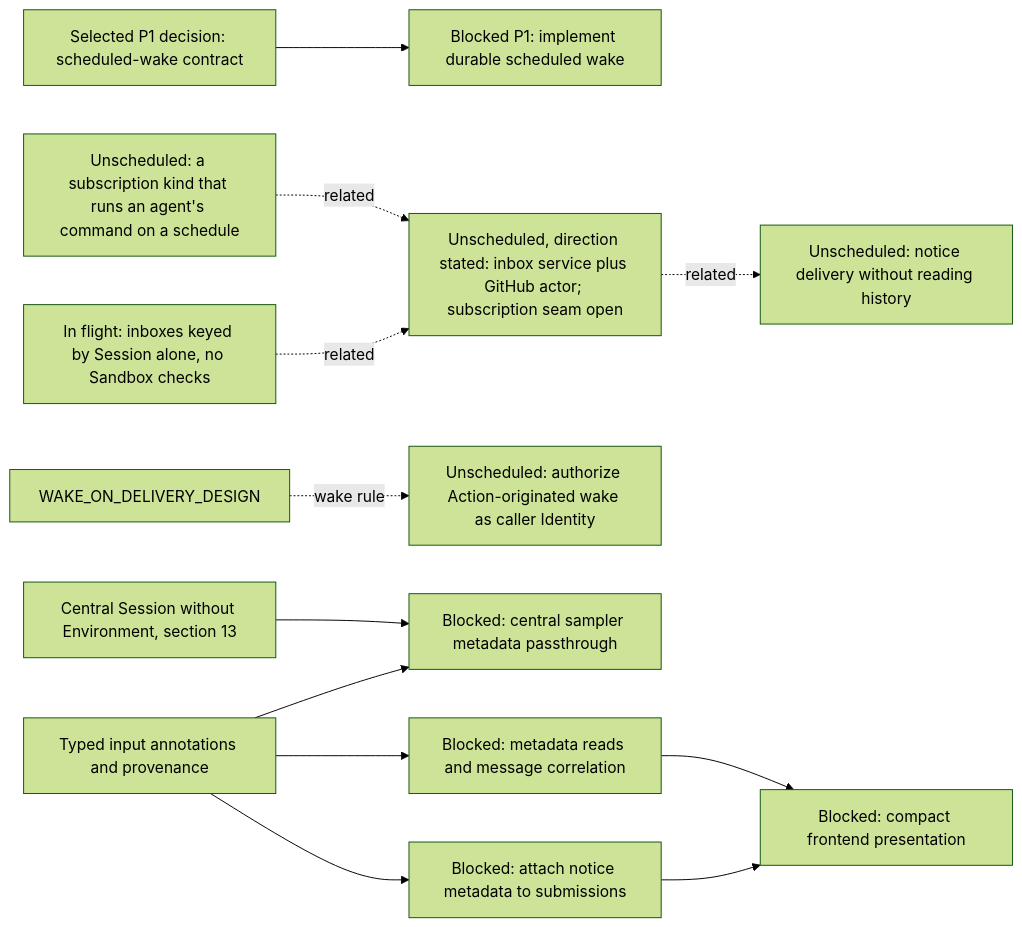
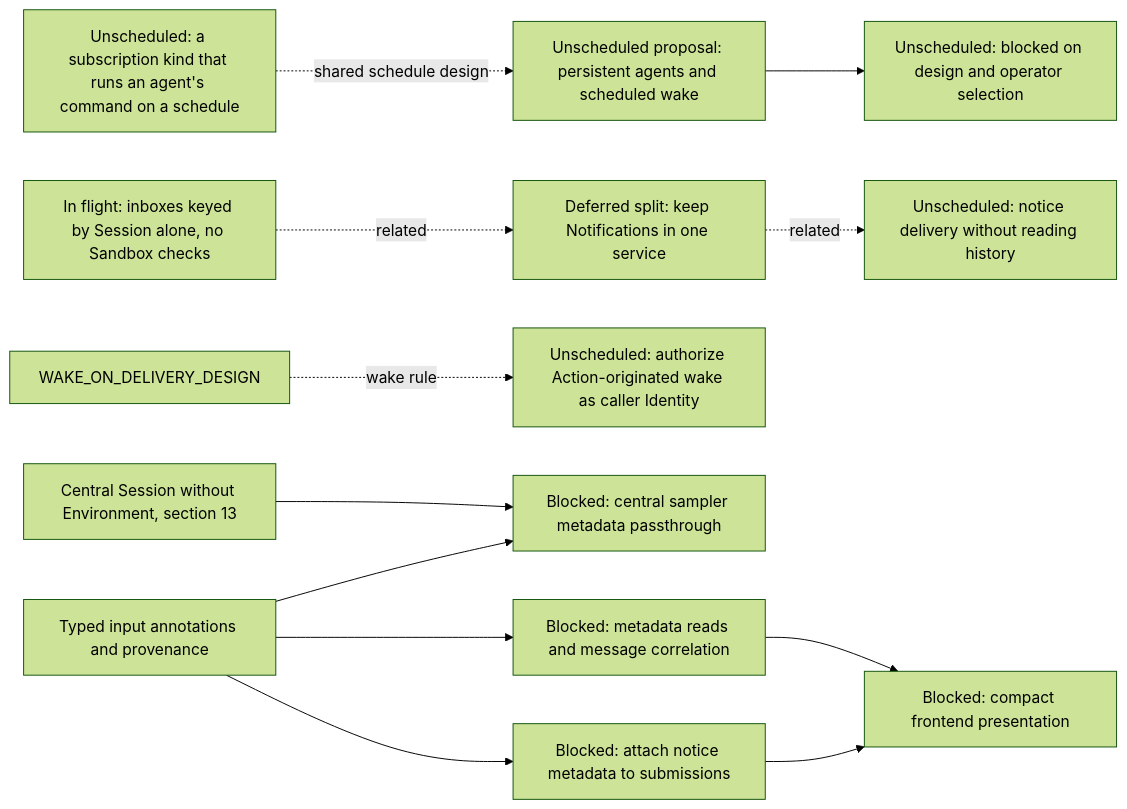
One commit to agentydragon/ducktape changed the fourth of 20 diagrams in agentplane/plans/task_dag.md. Above: the diagram before and after it, drawn with Mermaid (forest theme). The commit also changed other lines of this file and 1 other file, not shown here.

Commit message:
docs(agentplane): propose persistent agents and scheduled inbox wake

````diff
--- a/agentplane/plans/task_dag.md
+++ b/agentplane/plans/task_dag.md
@@ -280,27 +284,27 @@
 ```mermaid
 flowchart LR
-    SCHEDULED_AGENT_WAKE_DESIGN[Selected P1 decision: scheduled-wake contract]
-    SCHEDULED_AGENT_WAKE[Blocked P1: implement durable scheduled wake]
+    SCHEDULED_AGENT_WAKE_DESIGN[Unscheduled proposal: persistent agents and scheduled wake]
+    SCHEDULED_AGENT_WAKE[Unscheduled: blocked on design and operator selection]
     SCHEDULED_AGENT_WAKE_DESIGN --> SCHEDULED_AGENT_WAKE
     NOTIFICATION_COMMAND_OUTCOME_DESIGN[Unscheduled: notice delivery without reading history]
-    NOTIFICATION_SERVICE_SPLIT[Unscheduled, direction stated: inbox service plus GitHub actor; subscription seam open]
+    NOTIFICATION_SERVICE_SPLIT[Deferred split: keep Notifications in one service]
     NOTIFICATION_SERVICE_SPLIT -. related .-> NOTIFICATION_COMMAND_OUTCOME_DESIGN
     COMMAND_WATCH_SUBSCRIPTION_DESIGN[Unscheduled: a subscription kind that runs an agent's command on a schedule]
-    COMMAND_WATCH_SUBSCRIPTION_DESIGN -. related .-> NOTIFICATION_SERVICE_SPLIT
+    COMMAND_WATCH_SUBSCRIPTION_DESIGN -. shared schedule design .-> SCHEDULED_AGENT_WAKE_DESIGN
     INBOX_SESSION_KEYING[In flight: inboxes keyed by Session alone, no Sandbox checks]
     INBOX_SESSION_KEYING -. related .-> NOTIFICATION_SERVICE_SPLIT
     ACTION_WAKE_AS_IDENTITY[Unscheduled: authorize Action-originated wake as caller Identity]
     WAKE_ON_DELIVERY_DESIGN -. wake rule .-> ACTION_WAKE_AS_IDENTITY
     SESSION_INPUT_METADATA[Typed input annotations and provenance]
     CENTRAL_SESSION_WITHOUT_ENVIRONMENT[Central Session without Environment, section 13]
     CENTRAL_SESSION_INPUT_METADATA[Blocked: central sampler metadata passthrough]
     SESSION_INPUT_METADATA --> CENTRAL_SESSION_INPUT_METADATA
     CENTRAL_SESSION_WITHOUT_ENVIRONMENT --> CENTRAL_SESSION_INPUT_METADATA
     SESSION_INPUT_METADATA_READ[Blocked: metadata reads and message correlation]
     NOTIFICATION_NOTICE_METADATA[Blocked: attach notice metadata to submissions]
     NOTIFICATION_PRESENTATION[Blocked: compact frontend presentation]
     SESSION_INPUT_METADATA --> SESSION_INPUT_METADATA_READ
     SESSION_INPUT_METADATA --> NOTIFICATION_NOTICE_METADATA
     SESSION_INPUT_METADATA_READ --> NOTIFICATION_PRESENTATION
     NOTIFICATION_NOTICE_METADATA --> NOTIFICATION_PRESENTATION
 ```
````
